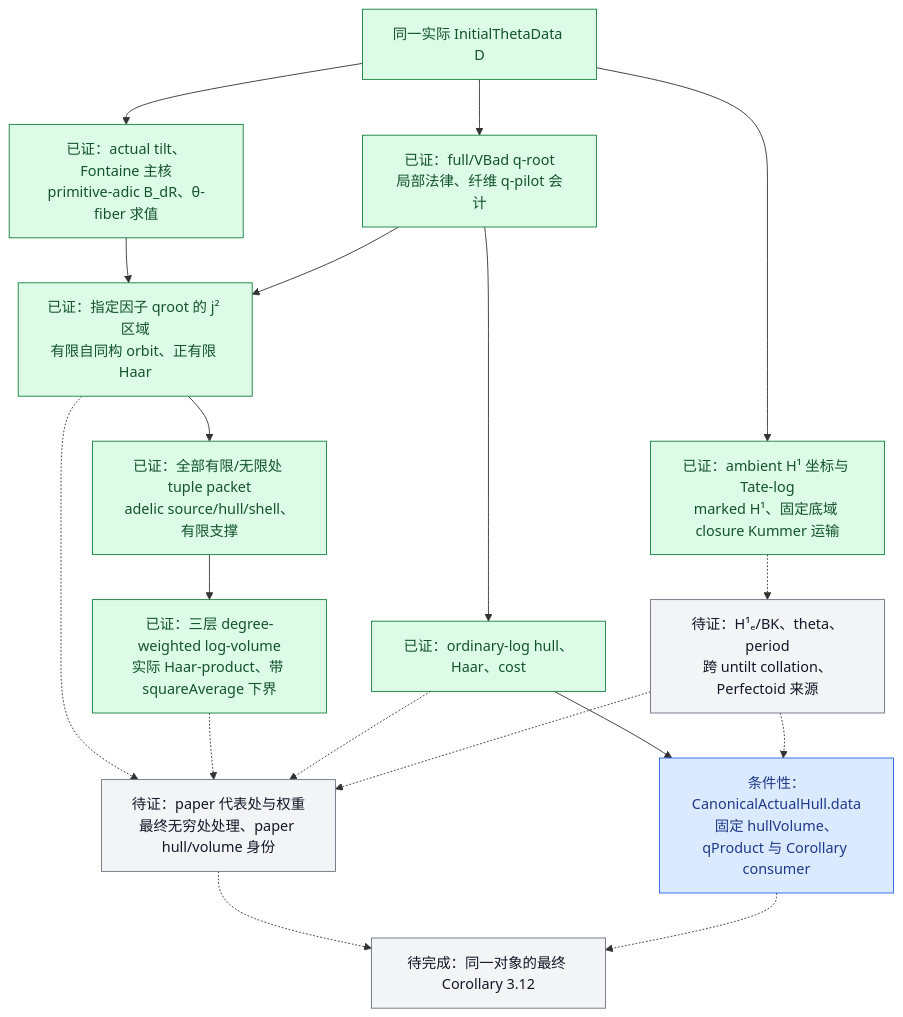
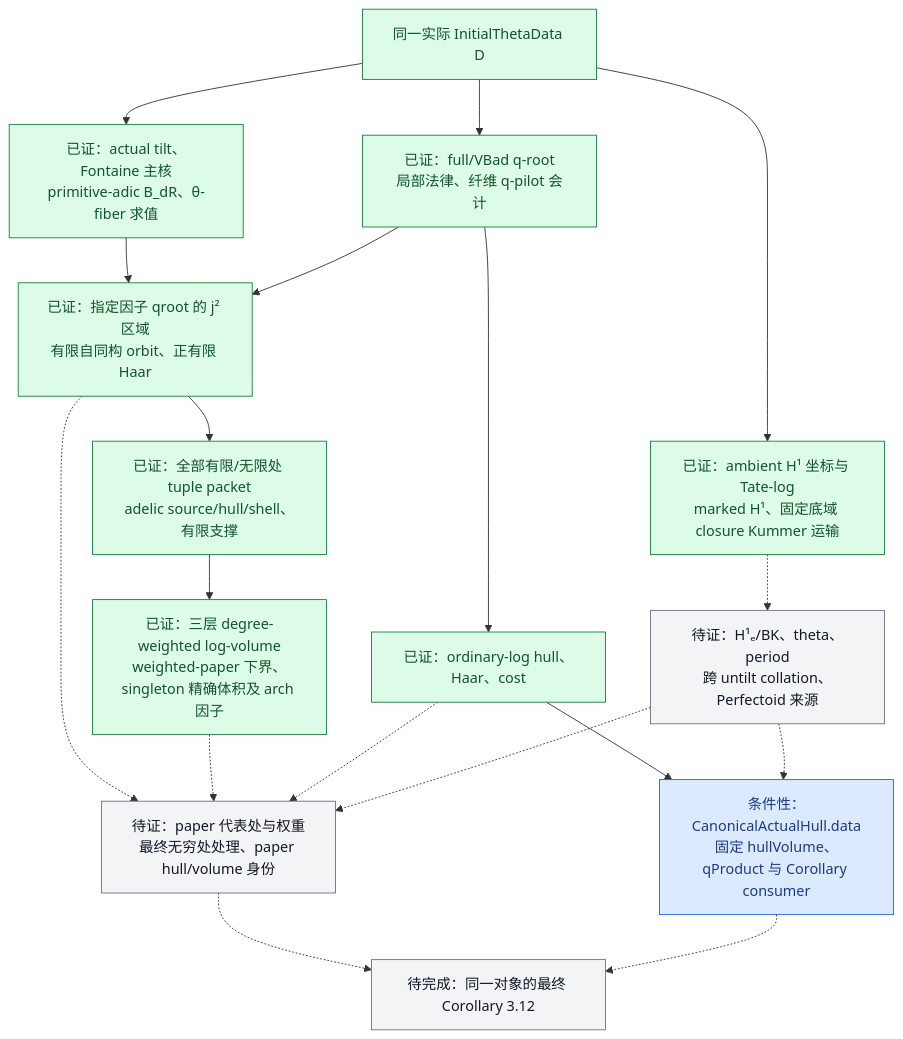
The diagram in docs/Scene1进度总览2.md (Ember-Institute/KirtiJoshi-abc), drawn with Mermaid before and after one commit. The commit also changed other lines of this file, not shown here.

Commit message:
docs(scene1): refresh sourced obligations and weighted accounting progress

````diff
--- a/docs/Scene1进度总览2.md
+++ b/docs/Scene1进度总览2.md
@@ -60,38 +61,38 @@
 ```mermaid
 flowchart TD
     D["同一实际 InitialThetaData D"]
     K["已证：ambient H¹ 坐标与 Tate-log<br/>marked H¹、固定底域 closure Kummer 运输"]
     E["已证：actual tilt、Fontaine 主核<br/>primitive-adic B_dR、θ-fiber 求值"]
     Q["已证：full/VBad q-root<br/>局部法律、纤维 q-pilot 会计"]
     H["已证：ordinary-log hull、Haar、cost"]
     A["条件性：CanonicalActualHull.data<br/>固定 hullVolume、qProduct 与 Corollary consumer"]
     F["已证：指定因子 qroot 的 j² 区域<br/>有限自同构 orbit、正有限 Haar"]
     P["已证：全部有限/无限处 tuple packet<br/>adelic source/hull/shell、有限支撑"]
-    L["已证：三层 degree-weighted log-volume<br/>实际 Haar-product、带 squareAverage 下界"]
+    L["已证：三层 degree-weighted log-volume<br/>weighted-paper 下界、singleton 精确体积及 arch 因子"]
     B["待证：H¹ₑ/BK、theta、period<br/>跨 untilt collation、Perfectoid 来源"]
     R["待证：paper 代表处与权重<br/>最终无穷处处理、paper hull/volume 身份"]
     C["待完成：同一对象的最终 Corollary 3.12"]
     D --> K
     D --> E
     E --> F
     D --> Q
     Q --> H
     H --> A
     Q --> F
     F --> P
     P --> L
     K -.-> B
     B -.-> A
     F -.-> R
     L -.-> R
     H -.-> R
     B -.-> R
     R -.-> C
     A -.-> C
     classDef done fill:#dcfce7,stroke:#15803d,color:#14532d;
     classDef conditional fill:#dbeafe,stroke:#2563eb,color:#1e3a8a;
     classDef open fill:#f3f4f6,stroke:#6b7280,color:#111827;
     class D,K,E,Q,H,F,P,L done;
     class A conditional;
     class B,R,C open;
 ```
````
